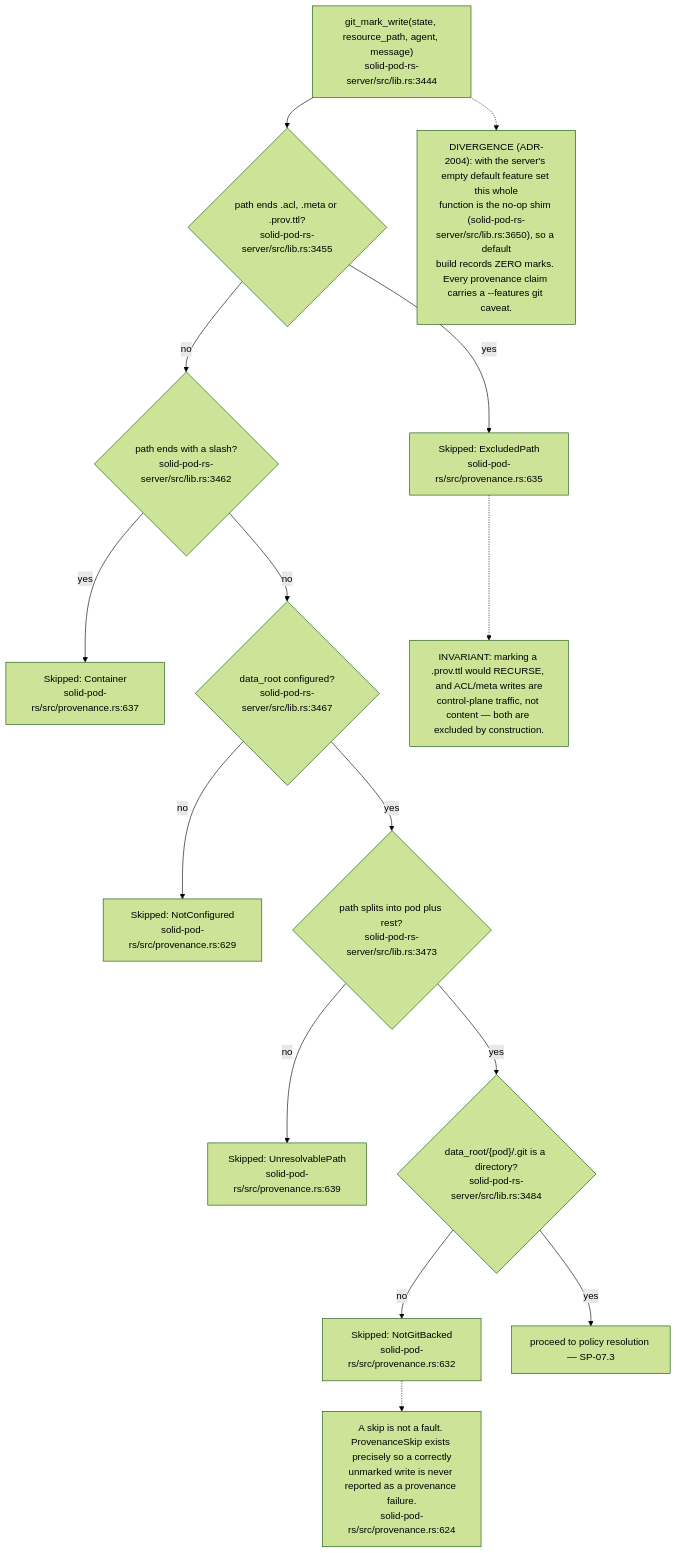
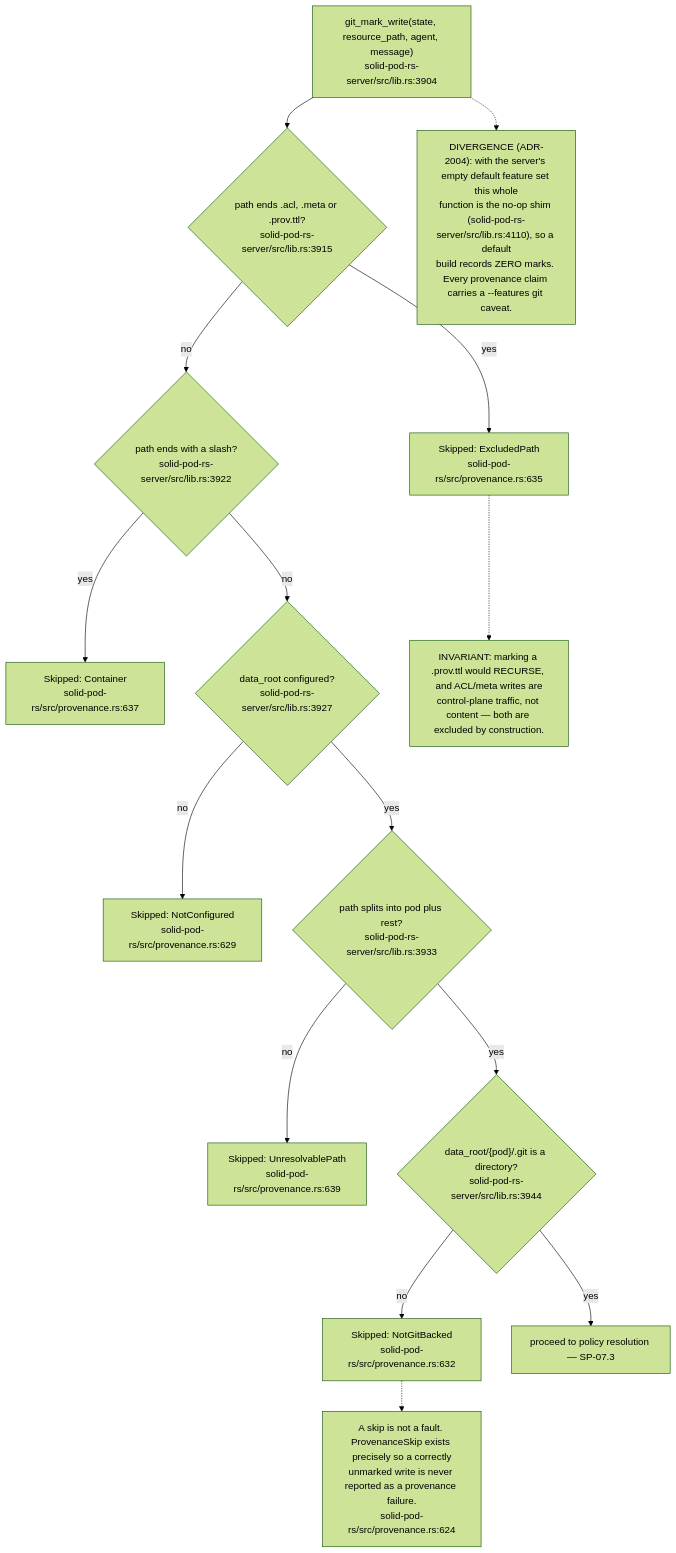
The second of 19 diagrams in docs/diagrams/solid-pod-rs/07-provenance-and-payments.md (DreamLab-AI/VisionFlow), drawn with Mermaid (forest theme) before and after one commit. The commit also changed other lines of this file and 160 other files, not shown here.

````diff
--- a/docs/diagrams/solid-pod-rs/07-provenance-and-payments.md
+++ b/docs/diagrams/solid-pod-rs/07-provenance-and-payments.md
@@ -49,34 +49,34 @@
 ```mermaid
 flowchart TD
-    IN["git_mark_write(state, resource_path, agent, message)<br/>solid-pod-rs-server/src/lib.rs:3444"]
-    SIDE{"path ends .acl, .meta or .prov.ttl?<br/>solid-pod-rs-server/src/lib.rs:3455"}
+    IN["git_mark_write(state, resource_path, agent, message)<br/>solid-pod-rs-server/src/lib.rs:3904"]
+    SIDE{"path ends .acl, .meta or .prov.ttl?<br/>solid-pod-rs-server/src/lib.rs:3915"}
     S1["Skipped: ExcludedPath<br/>solid-pod-rs/src/provenance.rs:635"]
-    CONT{"path ends with a slash?<br/>solid-pod-rs-server/src/lib.rs:3462"}
+    CONT{"path ends with a slash?<br/>solid-pod-rs-server/src/lib.rs:3922"}
     S2["Skipped: Container<br/>solid-pod-rs/src/provenance.rs:637"]
-    ROOT{"data_root configured?<br/>solid-pod-rs-server/src/lib.rs:3467"}
+    ROOT{"data_root configured?<br/>solid-pod-rs-server/src/lib.rs:3927"}
     S3["Skipped: NotConfigured<br/>solid-pod-rs/src/provenance.rs:629"]
-    SPLIT{"path splits into pod plus rest?<br/>solid-pod-rs-server/src/lib.rs:3473"}
+    SPLIT{"path splits into pod plus rest?<br/>solid-pod-rs-server/src/lib.rs:3933"}
     S4["Skipped: UnresolvablePath<br/>solid-pod-rs/src/provenance.rs:639"]
-    GITD{"data_root/{pod}/.git is a directory?<br/>solid-pod-rs-server/src/lib.rs:3484"}
+    GITD{"data_root/{pod}/.git is a directory?<br/>solid-pod-rs-server/src/lib.rs:3944"}
     S5["Skipped: NotGitBacked<br/>solid-pod-rs/src/provenance.rs:632"]
     GO["proceed to policy resolution — SP-07.3"]
 
     IN --> SIDE
     SIDE -- yes --> S1
     SIDE -- no --> CONT
     CONT -- yes --> S2
     CONT -- no --> ROOT
     ROOT -- no --> S3
     ROOT -- yes --> SPLIT
     SPLIT -- no --> S4
     SPLIT -- yes --> GITD
     GITD -- no --> S5
     GITD -- yes --> GO
 
     N["INVARIANT: marking a .prov.ttl would RECURSE, and ACL/meta writes are<br/>control-plane traffic, not content — both are excluded by construction."]
     S1 -.-> N
     N2["A skip is not a fault. ProvenanceSkip exists precisely so a correctly<br/>unmarked write is never reported as a provenance failure.<br/>solid-pod-rs/src/provenance.rs:624"]
     S5 -.-> N2
-    N3["DIVERGENCE (ADR-2004): with the server's empty default feature set this whole<br/>function is the no-op shim (solid-pod-rs-server/src/lib.rs:3650), so a default<br/>build records ZERO marks. Every provenance claim carries a --features git caveat."]
+    N3["DIVERGENCE (ADR-2004): with the server's empty default feature set this whole<br/>function is the no-op shim (solid-pod-rs-server/src/lib.rs:4110), so a default<br/>build records ZERO marks. Every provenance claim carries a --features git caveat."]
     IN -.-> N3
 ```
````
